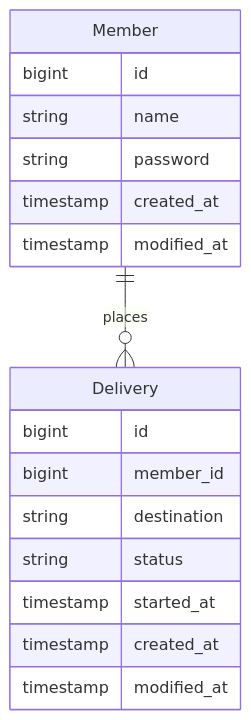
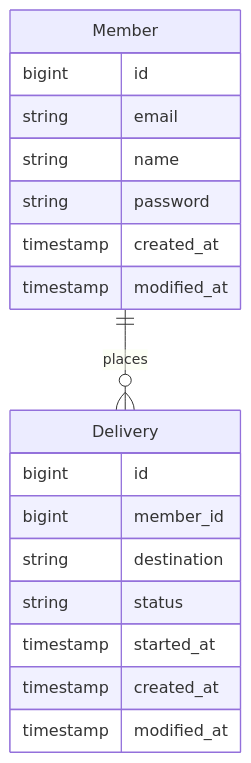
Before and after one commit to cwJohnPark/baedal-webservice: the diagram in README.md, drawn with Mermaid. The commit also changed other lines of this file and 12 other files, not shown here.

````diff
--- a/README.md
+++ b/README.md
@@ -31,20 +31,21 @@
 ```mermaid
 erDiagram
     Member ||--o{ Delivery : places
     Member {
-				bigint id
+	    bigint id
+	    string email
         string name
         string password
         timestamp created_at
         timestamp modified_at
     }
     Delivery {
 				bigint id
         bigint member_id
 				string destination
 				string status
 				timestamp started_at
         timestamp created_at
         timestamp modified_at
     }
 ```
````
